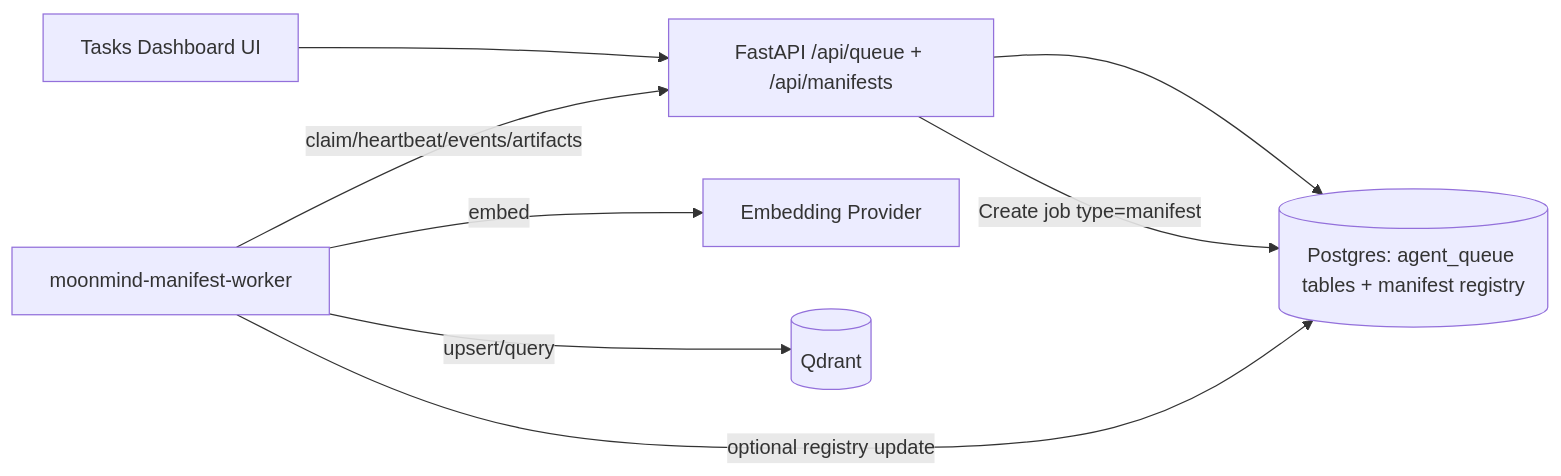
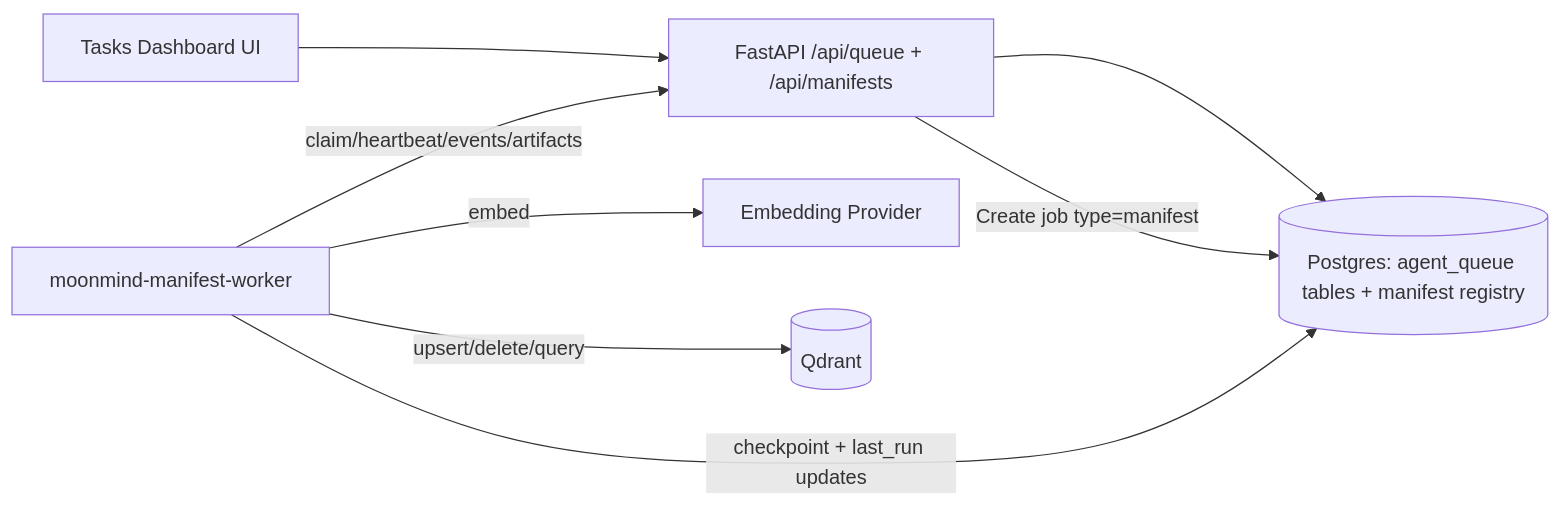
The diagram in docs/ManifestTaskSystem.md (MoonLadderStudios/MoonMind), drawn with Mermaid before and after one commit. The commit also changed other lines of this file, not shown here.

`````diff
--- a/docs/ManifestTaskSystem.md
+++ b/docs/ManifestTaskSystem.md
@@ -70,10 +86,10 @@
 ```mermaid
 flowchart LR
   UI[Tasks Dashboard UI] --> API[FastAPI /api/queue + /api/manifests]
   API --> Q[(Postgres: agent_queue tables + manifest registry)]
   API -->|Create job type=manifest| Q
   W[moonmind-manifest-worker] -->|claim/heartbeat/events/artifacts| API
   W -->|embed| Emb[Embedding Provider]
-  W -->|upsert/query| VDB[(Qdrant)]
-  W -->|optional registry update| Q
-```
+  W -->|upsert/delete/query| VDB[(Qdrant)]
+  W -->|checkpoint + last_run updates| Q
+````
`````
